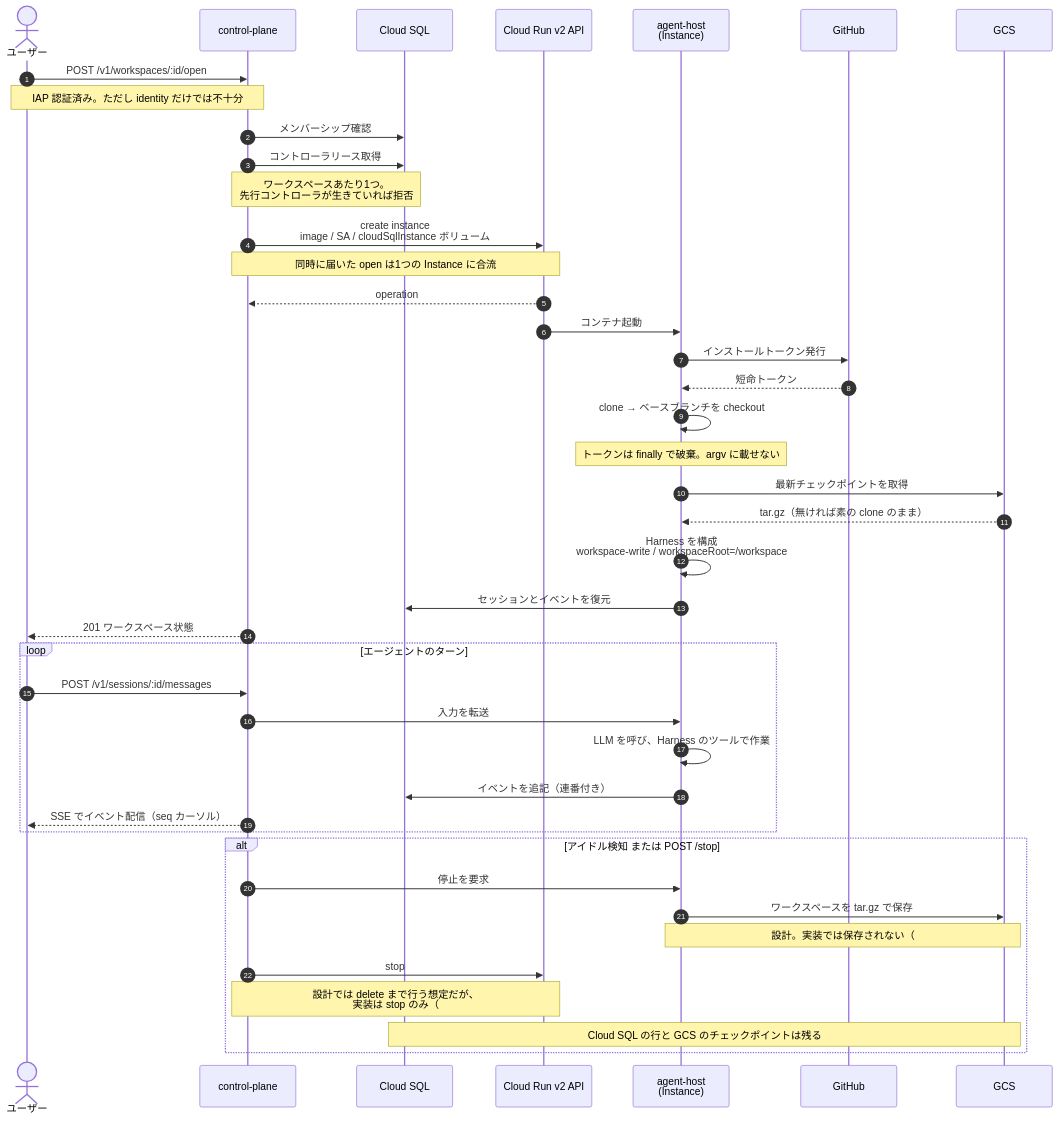
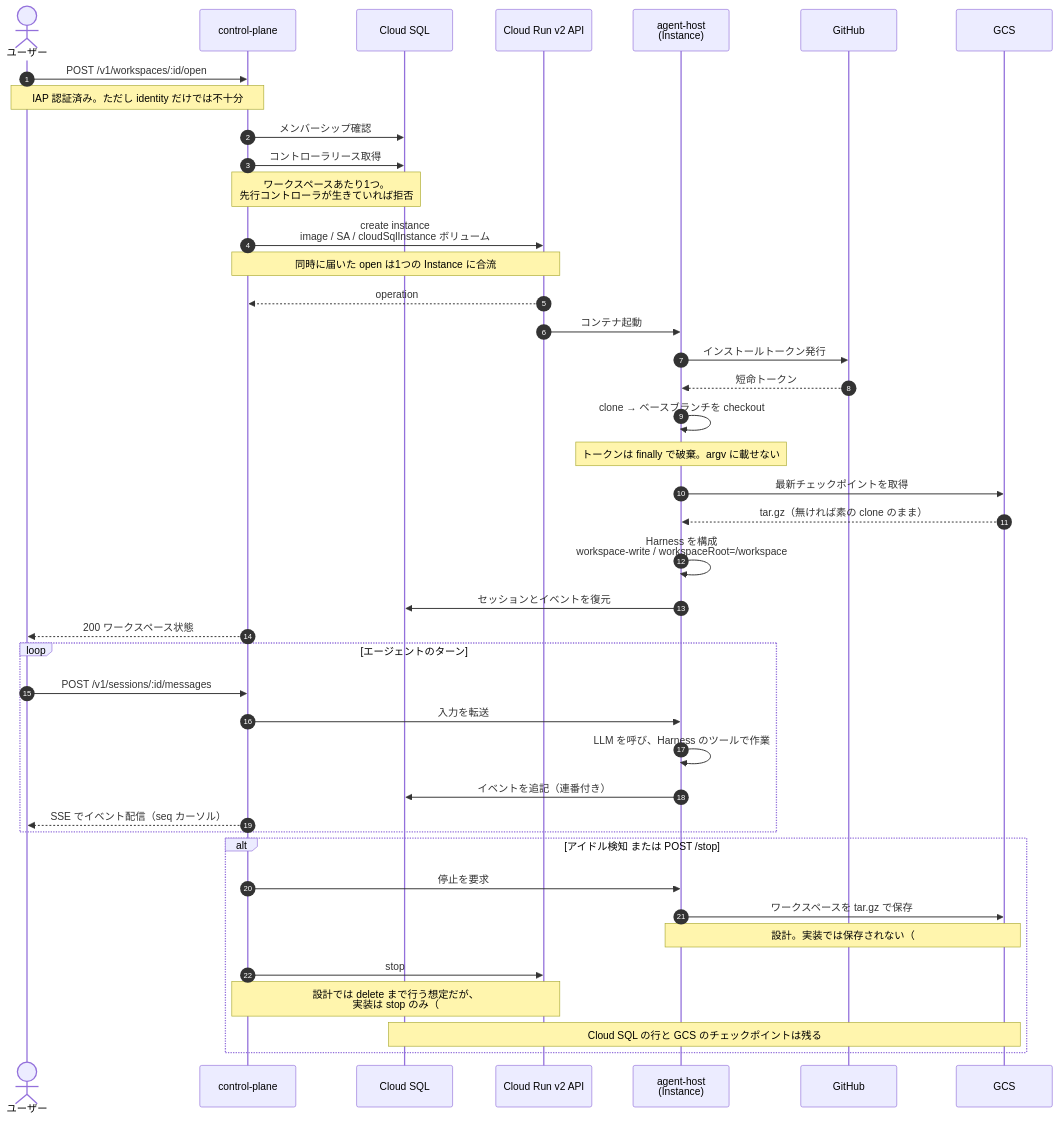
The second of 2 diagrams in docs/architecture.md (mpppk/cloud-run-dsh), drawn with Mermaid before and after one commit. The commit also changed other lines of this file and 6 other files, not shown here.

````diff
--- a/docs/architecture.md
+++ b/docs/architecture.md
@@ -100,49 +100,49 @@
 ```mermaid
 sequenceDiagram
   autonumber
   actor U as ユーザー
   participant CP as control-plane
   participant DB as Cloud SQL
   participant RUN as Cloud Run v2 API
   participant AH as agent-host<br/>(Instance)
   participant GH as GitHub
   participant GCS as GCS
 
   U->>CP: POST /v1/workspaces/:id/open
   Note over U,CP: IAP 認証済み。ただし identity だけでは不十分
   CP->>DB: メンバーシップ確認
   CP->>DB: コントローラリース取得
   Note over CP,DB: ワークスペースあたり1つ。<br/>先行コントローラが生きていれば拒否
 
   CP->>RUN: create instance<br/>image / SA / cloudSqlInstance ボリューム
   Note over CP,RUN: 同時に届いた open は1つの Instance に合流
   RUN-->>CP: operation
   RUN->>AH: コンテナ起動
 
   AH->>GH: インストールトークン発行
   GH-->>AH: 短命トークン
   AH->>AH: clone → ベースブランチを checkout
   Note over AH: トークンは finally で破棄。argv に載せない
   AH->>GCS: 最新チェックポイントを取得
   GCS-->>AH: tar.gz（無ければ素の clone のまま）
   AH->>AH: Harness を構成<br/>workspace-write / workspaceRoot=/workspace
   AH->>DB: セッションとイベントを復元
-  CP-->>U: 201 ワークスペース状態
+  CP-->>U: 200 ワークスペース状態
 
   loop エージェントのターン
     U->>CP: POST /v1/sessions/:id/messages
     CP->>AH: 入力を転送
     AH->>AH: LLM を呼び、Harness のツールで作業
     AH->>DB: イベントを追記（連番付き）
     CP-->>U: SSE でイベント配信（seq カーソル）
   end
 
   alt アイドル検知 または POST /stop
     CP->>AH: 停止を要求
     AH->>GCS: ワークスペースを tar.gz で保存
     Note over AH,GCS: 設計。実装では保存されない（#72）
     CP->>RUN: stop
     Note over CP,RUN: 設計では delete まで行う想定だが、<br/>実装は stop のみ（#72）
     Note over DB,GCS: Cloud SQL の行と GCS のチェックポイントは残る
   end
 ```
````
